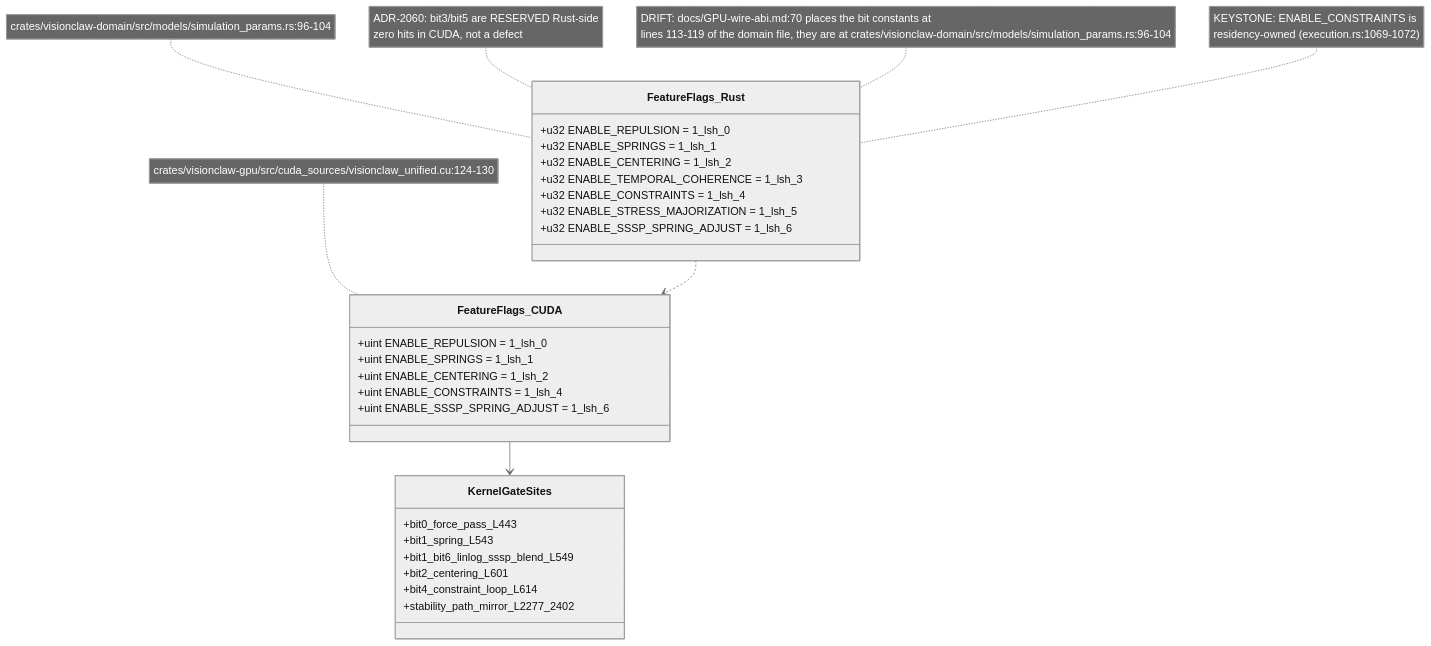
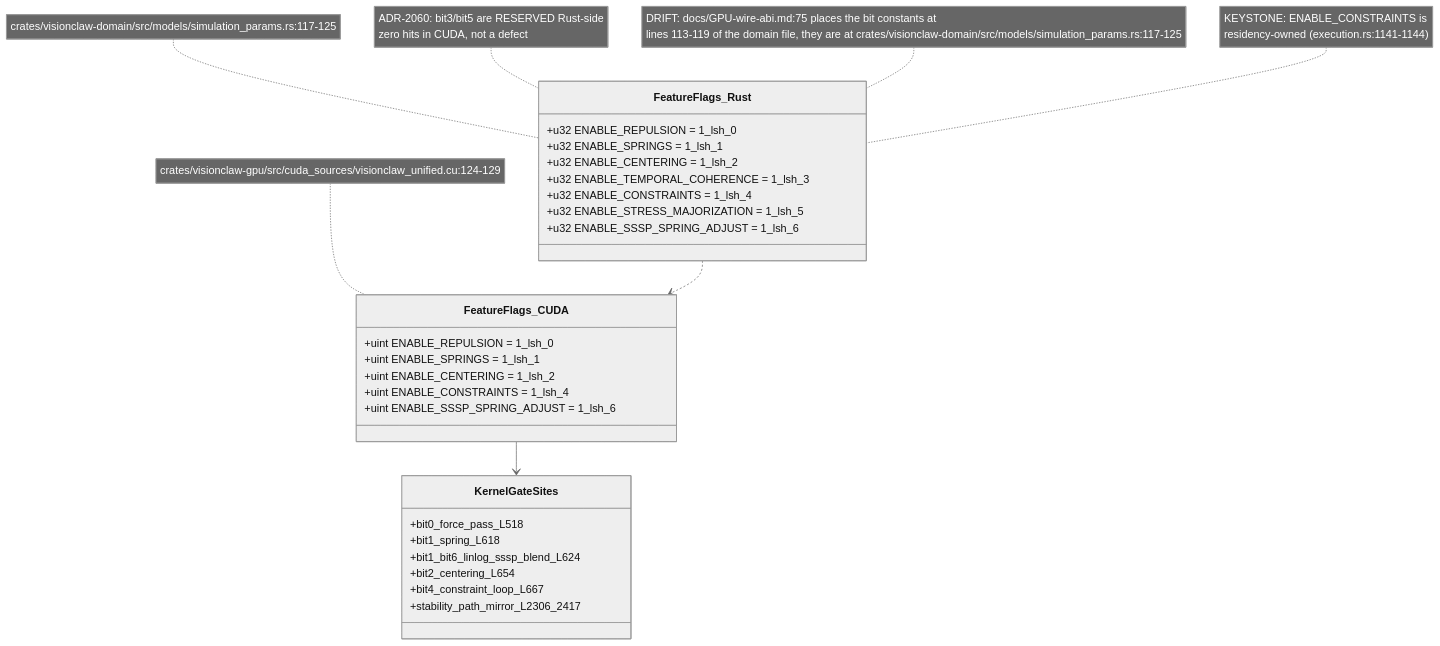
Before and after one commit to DreamLab-AI/VisionFlow: the second of 7 diagrams in docs/diagrams/visionclaw/12-simparams-abi-and-ptx.md, drawn with Mermaid (neutral theme). The commit also changed other lines of this file and 173 other files, not shown here.

````diff
--- a/docs/diagrams/visionclaw/12-simparams-abi-and-ptx.md
+++ b/docs/diagrams/visionclaw/12-simparams-abi-and-ptx.md
@@ -117,34 +117,34 @@
 ```mermaid
 classDiagram
     class FeatureFlags_Rust {
         +u32 ENABLE_REPULSION = 1_lsh_0
         +u32 ENABLE_SPRINGS = 1_lsh_1
         +u32 ENABLE_CENTERING = 1_lsh_2
         +u32 ENABLE_TEMPORAL_COHERENCE = 1_lsh_3
         +u32 ENABLE_CONSTRAINTS = 1_lsh_4
         +u32 ENABLE_STRESS_MAJORIZATION = 1_lsh_5
         +u32 ENABLE_SSSP_SPRING_ADJUST = 1_lsh_6
     }
     class FeatureFlags_CUDA {
         +uint ENABLE_REPULSION = 1_lsh_0
         +uint ENABLE_SPRINGS = 1_lsh_1
         +uint ENABLE_CENTERING = 1_lsh_2
         +uint ENABLE_CONSTRAINTS = 1_lsh_4
         +uint ENABLE_SSSP_SPRING_ADJUST = 1_lsh_6
     }
     class KernelGateSites {
-        +bit0_force_pass_L443
-        +bit1_spring_L543
-        +bit1_bit6_linlog_sssp_blend_L549
-        +bit2_centering_L601
-        +bit4_constraint_loop_L614
-        +stability_path_mirror_L2277_2402
+        +bit0_force_pass_L518
+        +bit1_spring_L618
+        +bit1_bit6_linlog_sssp_blend_L624
+        +bit2_centering_L654
+        +bit4_constraint_loop_L667
+        +stability_path_mirror_L2306_2417
     }
     FeatureFlags_Rust ..> FeatureFlags_CUDA
     FeatureFlags_CUDA --> KernelGateSites
-    note for FeatureFlags_Rust "crates/visionclaw-domain/src/models/simulation_params.rs:96-104"
-    note for FeatureFlags_CUDA "crates/visionclaw-gpu/src/cuda_sources/visionclaw_unified.cu:124-130"
+    note for FeatureFlags_Rust "crates/visionclaw-domain/src/models/simulation_params.rs:117-125"
+    note for FeatureFlags_CUDA "crates/visionclaw-gpu/src/cuda_sources/visionclaw_unified.cu:124-129"
     note for FeatureFlags_Rust "ADR-2060: bit3/bit5 are RESERVED Rust-side<br/>zero hits in CUDA, not a defect"
-    note for FeatureFlags_Rust "DRIFT: docs/GPU-wire-abi.md:70 places the bit constants at<br/>lines 113-119 of the domain file, they are at crates/visionclaw-domain/src/models/simulation_params.rs:96-104"
-    note for FeatureFlags_Rust "KEYSTONE: ENABLE_CONSTRAINTS is<br/>residency-owned (execution.rs:1069-1072)"
+    note for FeatureFlags_Rust "DRIFT: docs/GPU-wire-abi.md:75 places the bit constants at<br/>lines 113-119 of the domain file, they are at crates/visionclaw-domain/src/models/simulation_params.rs:117-125"
+    note for FeatureFlags_Rust "KEYSTONE: ENABLE_CONSTRAINTS is<br/>residency-owned (execution.rs:1141-1144)"
 ```
````
